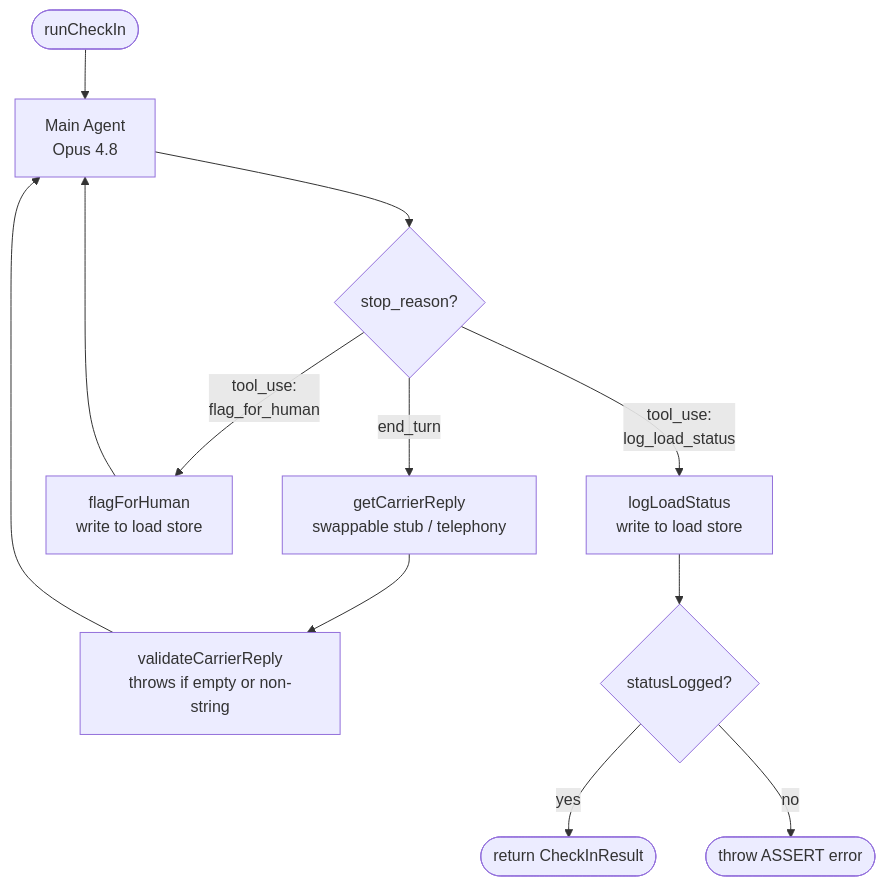
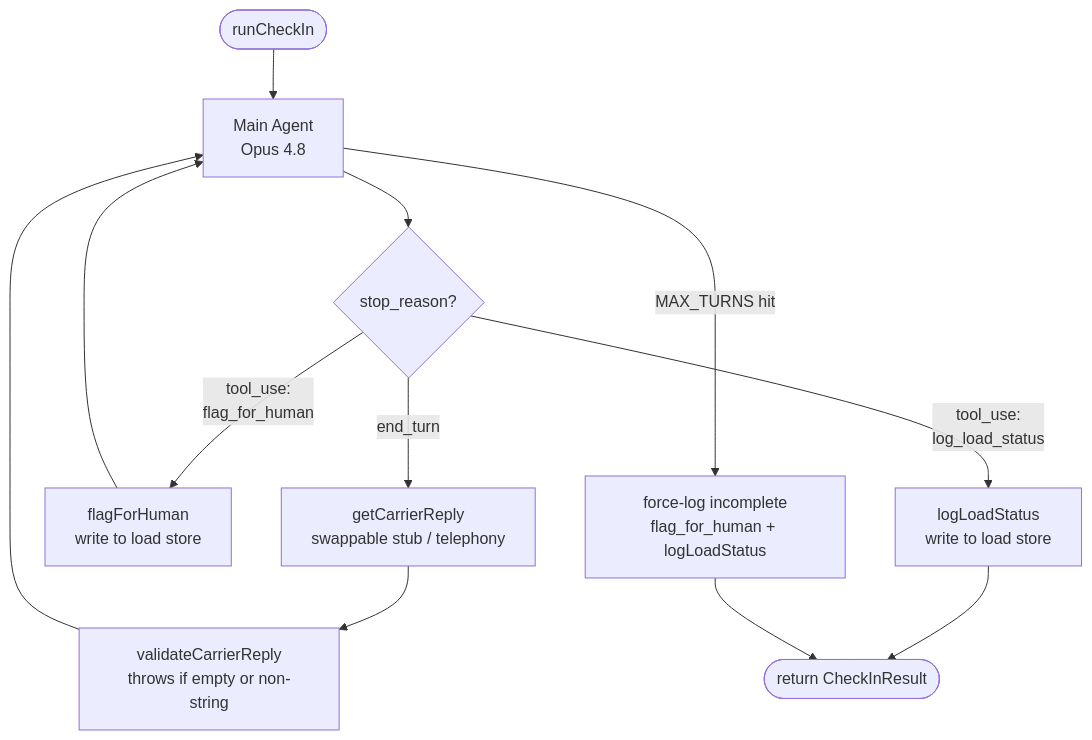
One commit to lucarizzo03/Outbound-agent changed the second of 2 diagrams in README.md. Above: the diagram before and after it, drawn with Mermaid. The commit also changed other lines of this file and 1 other file, not shown here.

Commit message:
readme + incomplete log error handle

````diff
--- a/README.md
+++ b/README.md
@@ -47,18 +47,19 @@
 ```mermaid
 flowchart TD
     A([runCheckIn]) --> B[Main Agent\nOpus 4.8]
 
     B --> C{stop_reason?}
 
     C -- end_turn --> D[getCarrierReply\nswappable stub / telephony]
     D --> E[validateCarrierReply\nthrows if empty or non-string]
     E --> B
 
     C -- tool_use:\nflag_for_human --> F[flagForHuman\nwrite to load store]
     F --> B
 
     C -- tool_use:\nlog_load_status --> G[logLoadStatus\nwrite to load store]
-    G --> H{statusLogged?}
-    H -- yes --> I([return CheckInResult])
-    H -- no --> J([throw ASSERT error])
+    G --> I([return CheckInResult])
+
+    B -- MAX_TURNS hit --> K[force-log incomplete\nflag_for_human + logLoadStatus]
+    K --> I
 ```
````
